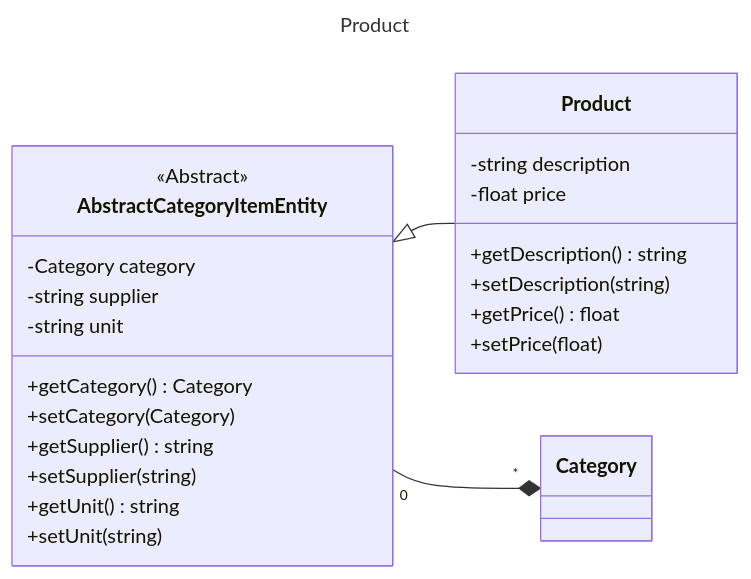
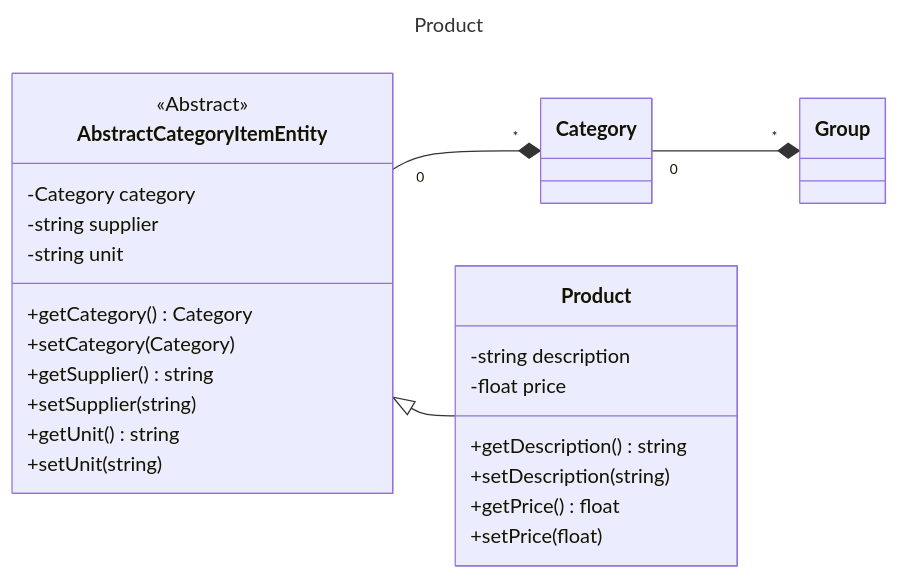
One commit to laurentmuller/calculation changed the diagram in resources/diagram/product.mmd. Above: the diagram before and after it, drawn with Mermaid. The commit also changed 13 other files, not shown here.

Commit message:
Added click event and handler to diagrams.

```diff
--- a/resources/diagram/product.mmd
+++ b/resources/diagram/product.mmd
@@ -1,32 +1,41 @@
 ---
 title: Product
 ---
 classDiagram
     direction LR
 
+    class Group {
+    }
+
     class Category {
     }
+
     class AbstractCategoryItemEntity {
         <<Abstract>>
         -Category category
         -string supplier
         -string unit
         +getCategory() Category
         +setCategory(Category)
         +getSupplier() string
         +setSupplier(string)
         +getUnit() string
         +setUnit(string)
     }
 
     class Product {
         -string description
         -float price
         +getDescription() string
         +setDescription(string)
         +getPrice() float
         +setPrice(float)
     }
 
     AbstractCategoryItemEntity <|-- Product
     AbstractCategoryItemEntity "0" --* "*" Category
+    Category "0" --* "*" Group
+
+    click AbstractCategoryItemEntity call nodeCallback()
+    click Category call nodeCallback()
+    click Group call nodeCallback()
```
